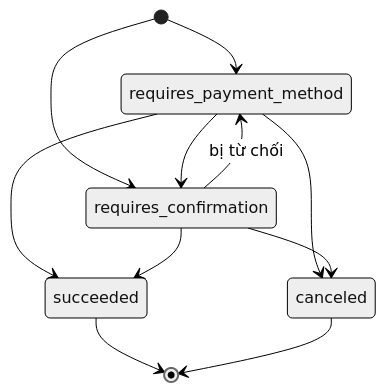
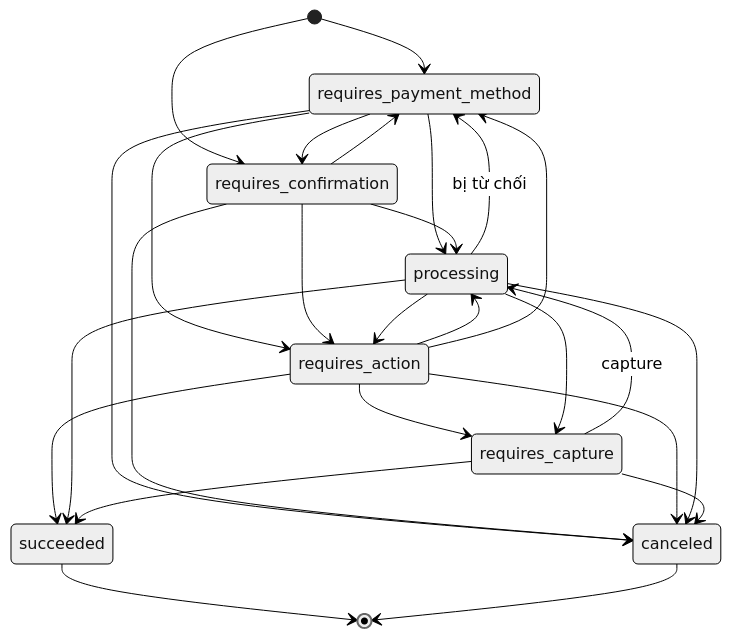
Before and after one commit to anhquang296/pinstripe: the second of 2 diagrams in docs/flows/07-payments-and-refunds.md, drawn with Mermaid (neutral theme). The commit also changed other lines of this file and 2 other files, not shown here.

First line of the commit message:
docs(payments): ADR 0019 cho mô hình payment, viết lại flow 07

````diff
--- a/docs/flows/07-payments-and-refunds.md
+++ b/docs/flows/07-payments-and-refunds.md
@@ -45,13 +69,28 @@
 ```mermaid
 stateDiagram-v2
     [*] --> requires_payment_method
     [*] --> requires_confirmation
     requires_payment_method --> requires_confirmation
-    requires_payment_method --> succeeded
+    requires_payment_method --> processing
+    requires_payment_method --> requires_action
     requires_payment_method --> canceled
-    requires_confirmation --> succeeded
-    requires_confirmation --> requires_payment_method : bị từ chối
+    requires_confirmation --> processing
+    requires_confirmation --> requires_action
+    requires_confirmation --> requires_payment_method
     requires_confirmation --> canceled
+    requires_action --> processing
+    requires_action --> succeeded
+    requires_action --> requires_capture
+    requires_action --> requires_payment_method
+    requires_action --> canceled
+    processing --> succeeded
+    processing --> requires_capture
+    processing --> requires_action
+    processing --> requires_payment_method : bị từ chối
+    processing --> canceled
+    requires_capture --> processing : capture
+    requires_capture --> succeeded
+    requires_capture --> canceled
     succeeded --> [*]
     canceled --> [*]
 ```
````
